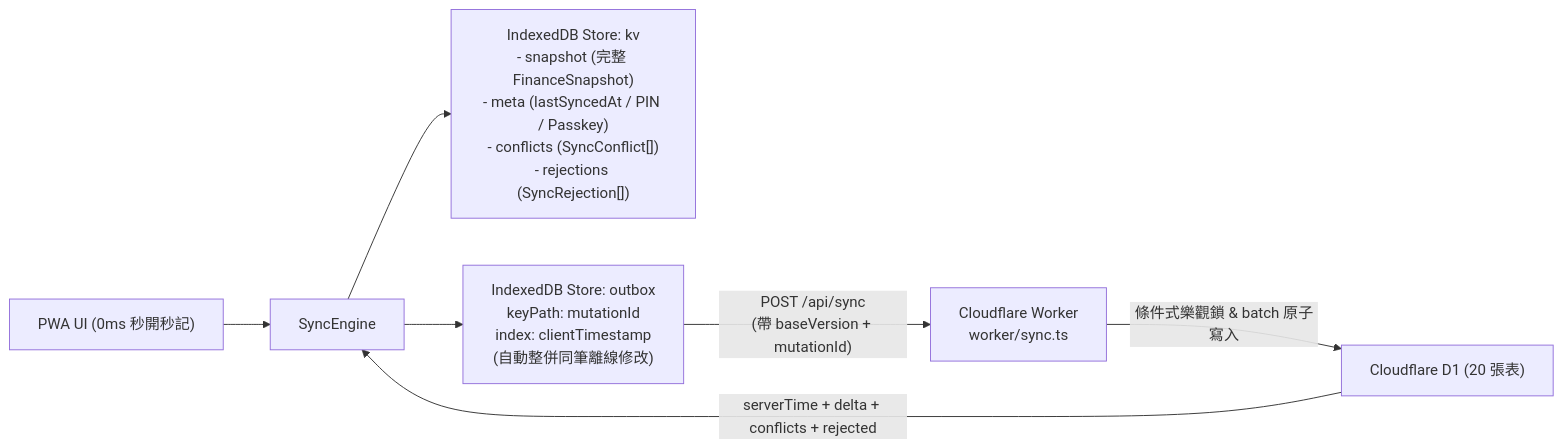
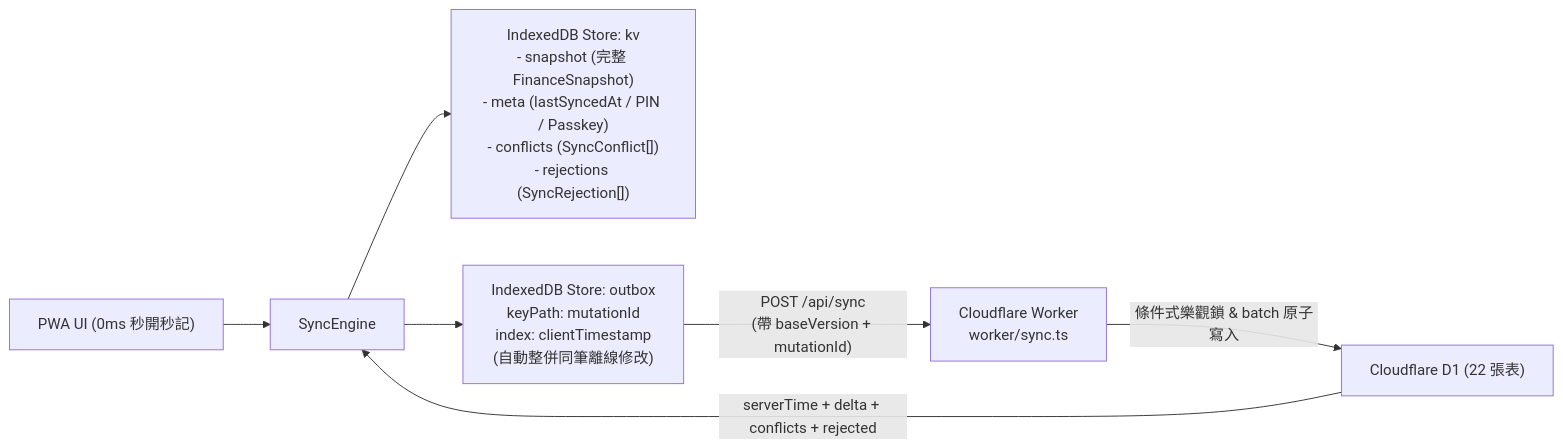
One commit to andyweij/personal-finance-gas changed the third of 3 diagrams in cloudflare-pwa/docs/DATABASE_SCHEMA.md. Above: the diagram before and after it, drawn with Mermaid. The commit also changed other lines of this file and 16 other files, not shown here.

````diff
--- a/cloudflare-pwa/docs/DATABASE_SCHEMA.md
+++ b/cloudflare-pwa/docs/DATABASE_SCHEMA.md
@@ -247,9 +247,9 @@
 ```mermaid
 flowchart LR
   UI["PWA UI (0ms 秒開秒記)"] --> SE["SyncEngine"]
   SE --> KV["IndexedDB Store: kv\n- snapshot (完整 FinanceSnapshot)\n- meta (lastSyncedAt / PIN / Passkey)\n- conflicts (SyncConflict[])\n- rejections (SyncRejection[])"]
   SE --> OB["IndexedDB Store: outbox\nkeyPath: mutationId\nindex: clientTimestamp\n(自動整併同筆離線修改)"]
   OB -- "POST /api/sync\n(帶 baseVersion + mutationId)" --> W["Cloudflare Worker\nworker/sync.ts"]
-  W -- "條件式樂觀鎖 & batch 原子寫入" --> D1["Cloudflare D1 (20 張表)"]
+  W -- "條件式樂觀鎖 & batch 原子寫入" --> D1["Cloudflare D1 (22 張表)"]
   D1 -- "serverTime + delta + conflicts + rejected" --> SE
 ```
````
